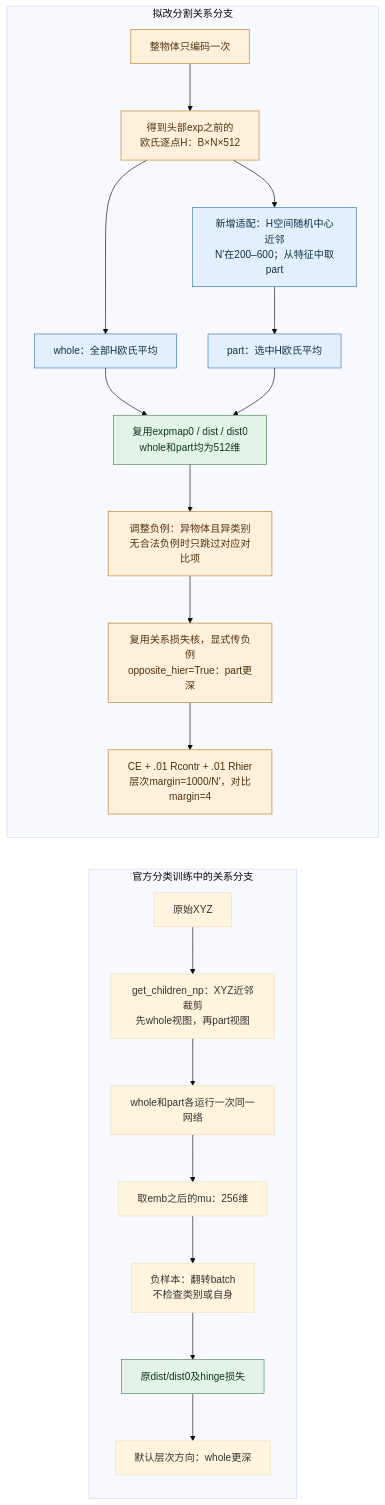
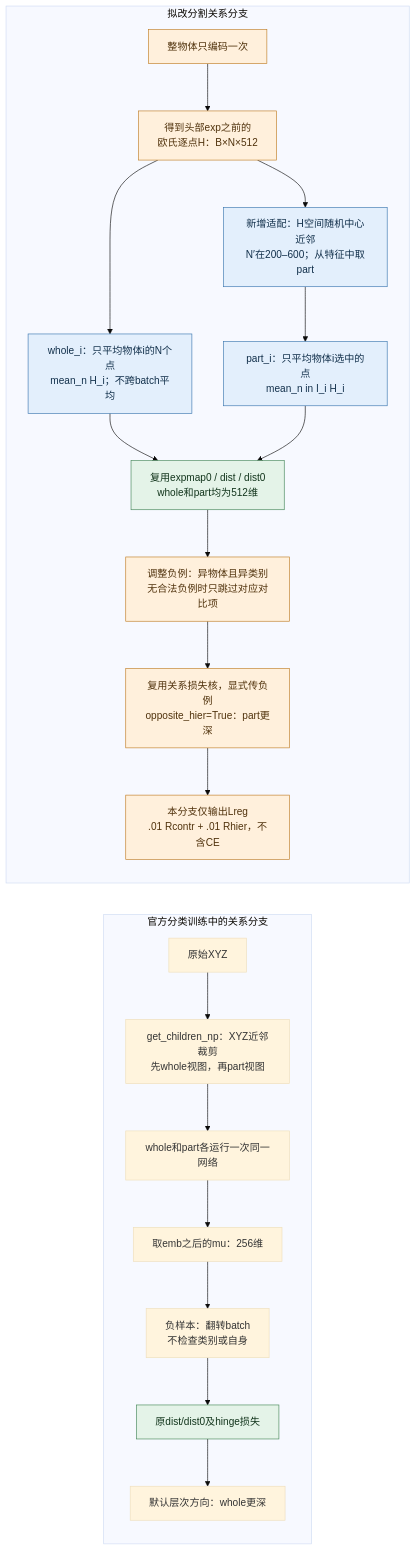
One commit to Linneking/Hycore changed the second of 2 diagrams in docs/research/99_HYCORE_SEG_NATIVE_AUDIT_2026-10-28/audit_report.md. Above: the diagram before and after it, drawn with Mermaid (base theme). The commit also changed other lines of this file and 10 other files, not shown here.

````diff
--- a/docs/research/99_HYCORE_SEG_NATIVE_AUDIT_2026-10-28/audit_report.md
+++ b/docs/research/99_HYCORE_SEG_NATIVE_AUDIT_2026-10-28/audit_report.md
@@ -70,30 +80,30 @@
 ```mermaid
 flowchart LR
   subgraph O["官方分类训练中的关系分支"]
     direction TB
     O0["原始XYZ"] --> O1["get_children_np：XYZ近邻裁剪<br/>先whole视图，再part视图"]
     O1 --> O2["whole和part各运行一次同一网络"]
     O2 --> O3["取emb之后的mu：256维"]
     O3 --> O4["负样本：翻转batch<br/>不检查类别或自身"]
     O4 --> O5["原dist/dist0及hinge损失"]
     O5 --> O6["默认层次方向：whole更深"]
   end
   subgraph N["拟改分割关系分支"]
     direction TB
     N0["整物体只编码一次"] --> N1["得到头部exp之前的<br/>欧氏逐点H：B×N×512"]
     N1 --> N2["新增适配：H空间随机中心近邻<br/>N′在200–600；从特征中取part"]
-    N1 --> N3["whole：全部H欧氏平均"]
-    N2 --> N4["part：选中H欧氏平均"]
+    N1 --> N3["whole_i：只平均物体i的N个点<br/>mean_n H_i；不跨batch平均"]
+    N2 --> N4["part_i：只平均物体i选中的点<br/>mean_n in I_i H_i"]
     N3 --> N5["复用expmap0 / dist / dist0<br/>whole和part均为512维"]
     N4 --> N5
     N5 --> N6["调整负例：异物体且异类别<br/>无合法负例时只跳过对应对比项"]
     N6 --> N7["复用关系损失核，显式传负例<br/>opposite_hier=True：part更深"]
-    N7 --> N8["CE + .01 Rcontr + .01 Rhier<br/>层次margin=1000/N′，对比margin=4"]
+    N7 --> N8["本分支仅输出Lreg<br/>.01 Rcontr + .01 Rhier，不含CE"]
   end
   classDef keep fill:#e4f3e8,stroke:#438657,color:#12351c;
   classDef change fill:#fff0dc,stroke:#bf7c24,color:#50320c;
   classDef add fill:#e3effc,stroke:#3975af,color:#12304b;
   class O5,N5 keep;
   class N0,N1,N6,N7,N8 change;
   class N2,N3,N4 add;
 ```
````
